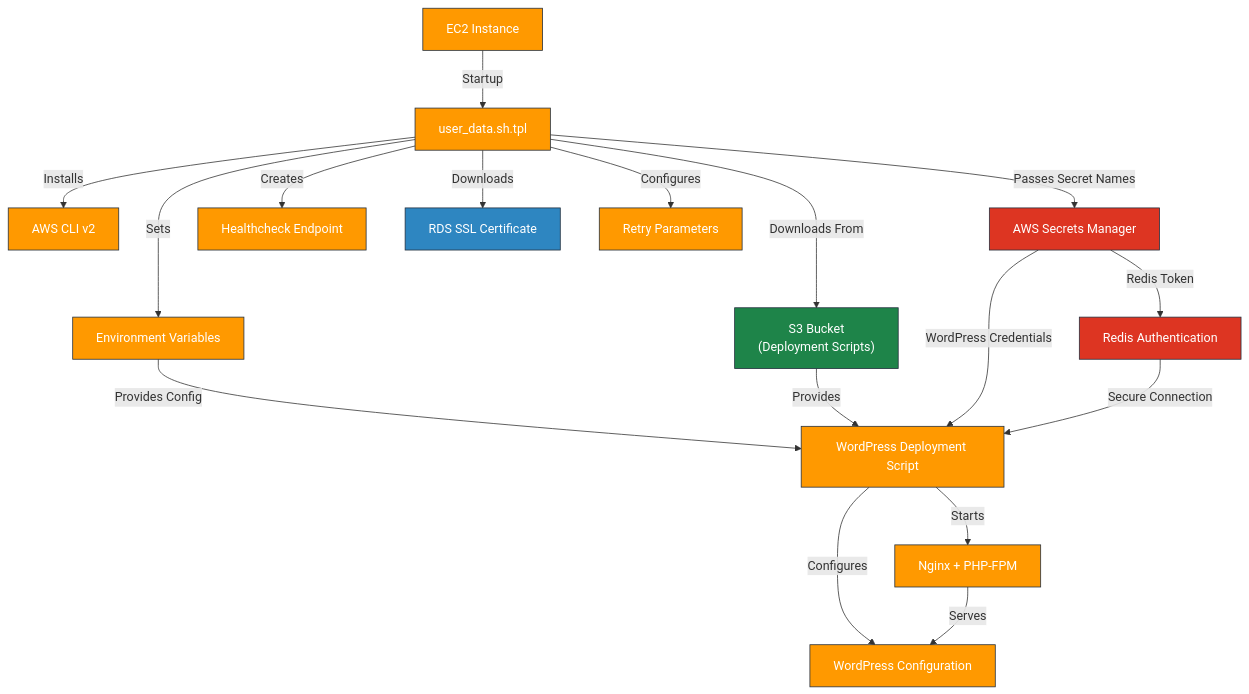
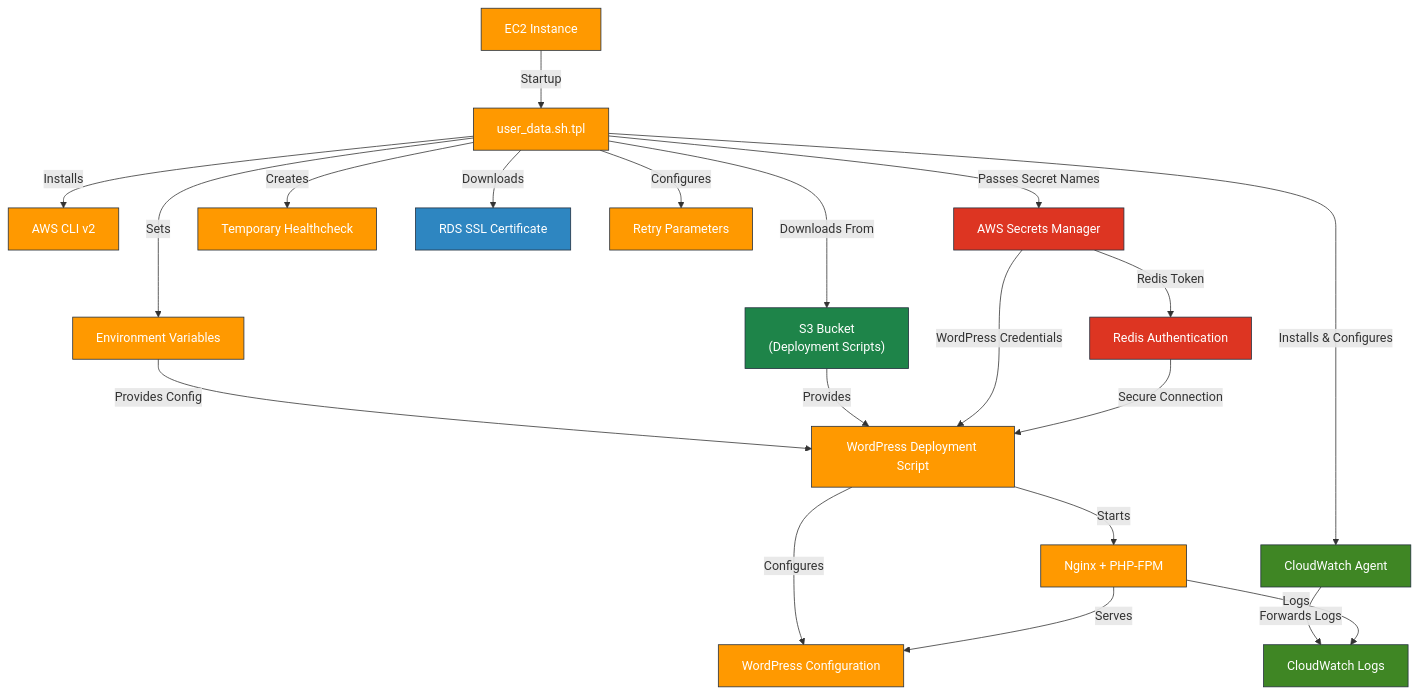
The diagram in terraform/templates/README.md (hetmanskyi-cloud/AWS), drawn with Mermaid before and after one commit. The commit also changed other lines of this file and 30 other files, not shown here.

````diff
--- a/terraform/templates/README.md
+++ b/terraform/templates/README.md
@@ -26,56 +26,63 @@
 ```mermaid
 graph TD
   %% Main Components
   EC2["EC2 Instance"]
   UserData["user_data.sh.tpl"]
   AWSCLI["AWS CLI v2"]
   EnvVars["Environment Variables"]
   SecretsManager["AWS Secrets Manager"]
   WPScript["WordPress Deployment Script"]
   WordPress["WordPress Configuration"]
-  Healthcheck["Healthcheck Endpoint"]
+  Healthcheck["Temporary Healthcheck"]
   WebServer["Nginx + PHP-FPM"]
   RDSSSL["RDS SSL Certificate"]
   RedisAuth["Redis Authentication"]
   RetryParams["Retry Parameters"]
+  CloudWatchAgent["CloudWatch Agent"]
+  CloudWatchLogs["CloudWatch Logs"]
   
   %% S3 Components
   S3Script["S3 Bucket<br>(Deployment Scripts)"]
   
   %% Main Flow
   EC2 -->|"Startup"| UserData
   UserData -->|"Installs"| AWSCLI
   UserData -->|"Sets"| EnvVars
   UserData -->|"Downloads"| RDSSSL
   UserData -->|"Creates"| Healthcheck
   UserData -->|"Configures"| RetryParams
+  UserData -->|"Installs & Configures"| CloudWatchAgent
+  CloudWatchAgent -->|"Forwards Logs"| CloudWatchLogs
   EnvVars -->|"Provides Config"| WPScript
   
   %% Script Download Logic
   UserData -->|"Downloads From"| S3Script
   S3Script -->|"Provides"| WPScript
   
   %% Secrets Flow
   UserData -->|"Passes Secret Names"| SecretsManager
   SecretsManager -->|"WordPress Credentials"| WPScript
   SecretsManager -->|"Redis Token"| RedisAuth
   RedisAuth -->|"Secure Connection"| WPScript
   
   %% WordPress Configuration
   WPScript -->|"Configures"| WordPress
   WPScript -->|"Starts"| WebServer
   WebServer -->|"Serves"| WordPress
+  WebServer -->|"Logs"| CloudWatchLogs
   
   %% Styling
   classDef compute fill:#FF9900,stroke:#232F3E,color:white
   classDef storage fill:#1E8449,stroke:#232F3E,color:white
   classDef security fill:#DD3522,stroke:#232F3E,color:white
   classDef decision fill:#0066CC,stroke:#232F3E,color:white
   classDef service fill:#7D3C98,stroke:#232F3E,color:white
   classDef network fill:#2E86C1,stroke:#232F3E,color:white
+  classDef monitoring fill:#3F8624,stroke:#232F3E,color:white
   
   class EC2,UserData,AWSCLI,EnvVars,WPScript,WordPress,Healthcheck,WebServer,RetryParams compute
   class S3Script storage
   class SecretsManager,RedisAuth security
   class RDSSSL network
+  class CloudWatchAgent,CloudWatchLogs monitoring
 ```
````
